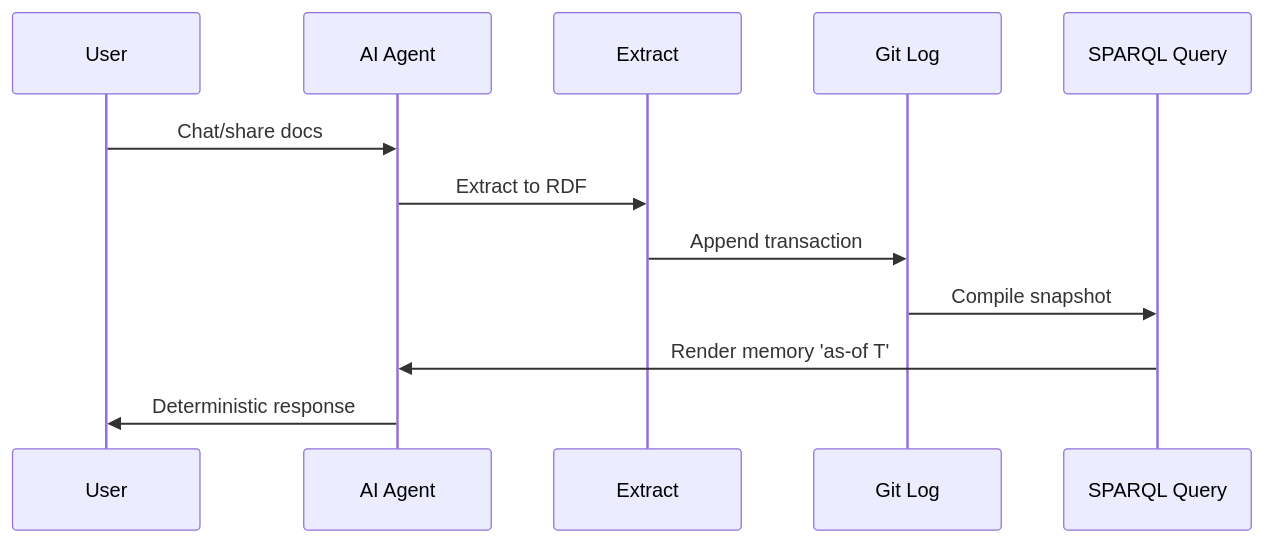
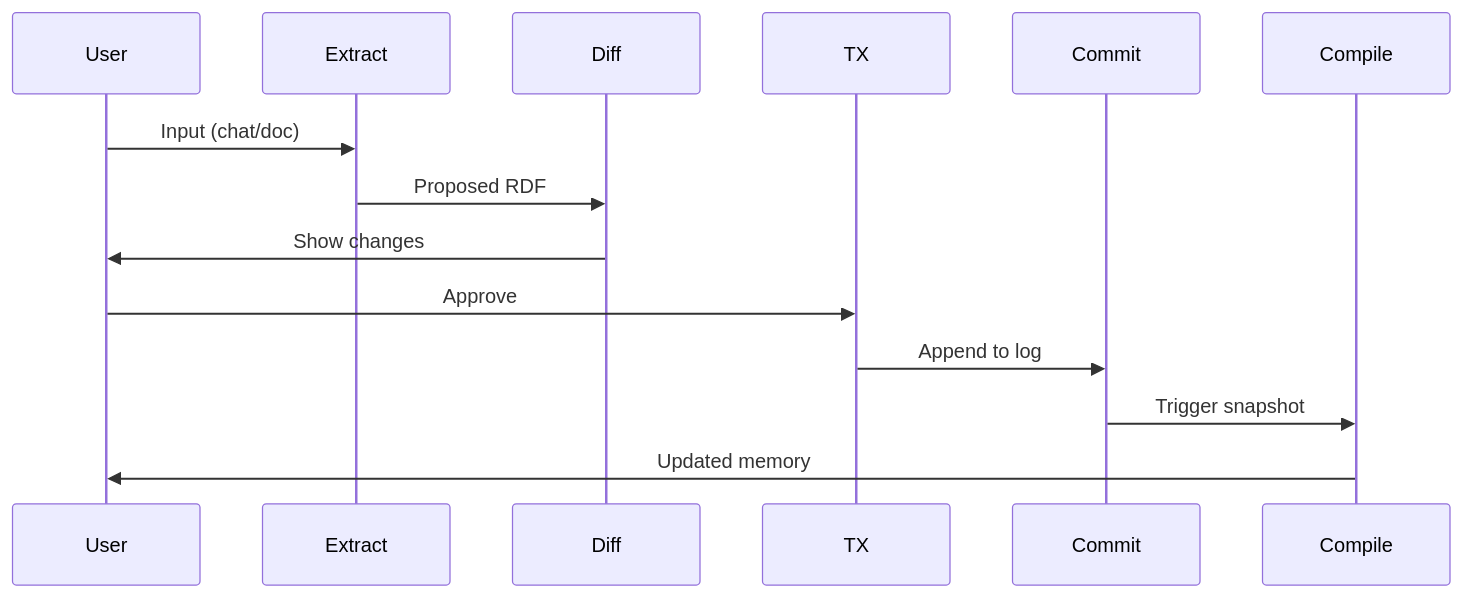
One commit to Synthetic-Identity-Co/conj-talk-2025 changed the second of 9 diagrams in presenter.md. Above: the diagram before and after it, drawn with Mermaid. The commit also changed other lines of this file, not shown here.

````diff
--- a/presenter.md
+++ b/presenter.md
@@ -192,15 +63,17 @@
 ```mermaid
 sequenceDiagram
-    participant U as User
-    participant AI as AI Agent
-    participant E as Extract
-    participant G as Git Log
-    participant Q as SPARQL Query
+    participant User
+    participant Extract
+    participant Diff
+    participant TX
+    participant Commit
+    participant Compile
     
-    U->>AI: Chat/share docs
-    AI->>E: Extract to RDF
-    E->>G: Append transaction
-    G->>Q: Compile snapshot
-    Q->>AI: Render memory 'as-of T'
-    AI->>U: Deterministic response
+    User->>Extract: Input (chat/doc)
+    Extract->>Diff: Proposed RDF
+    Diff->>User: Show changes
+    User->>TX: Approve
+    TX->>Commit: Append to log
+    Commit->>Compile: Trigger snapshot
+    Compile->>User: Updated memory
 ```
````
